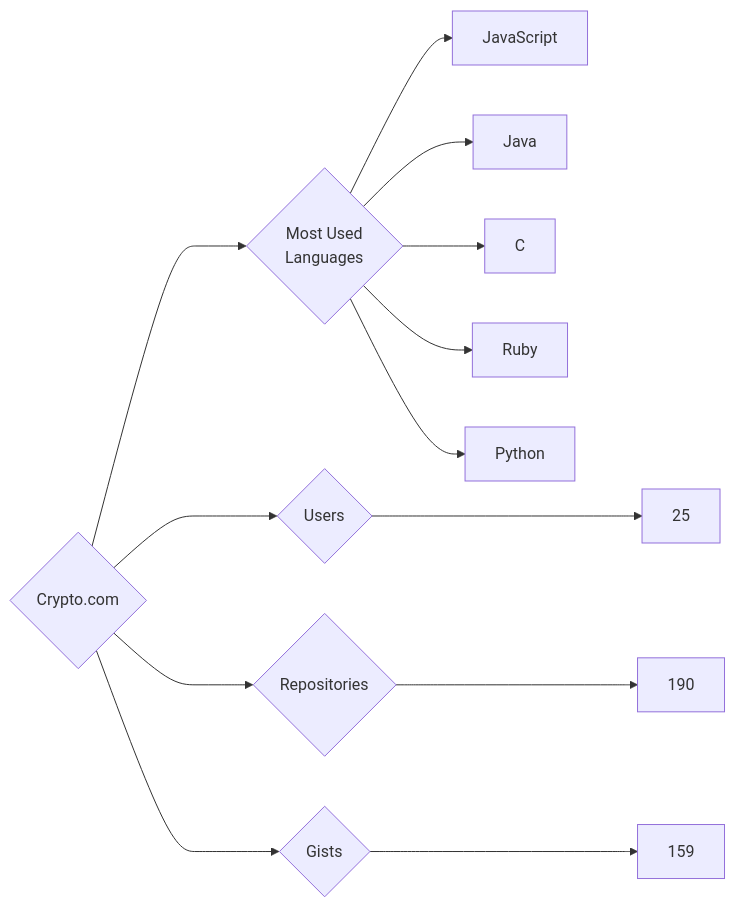
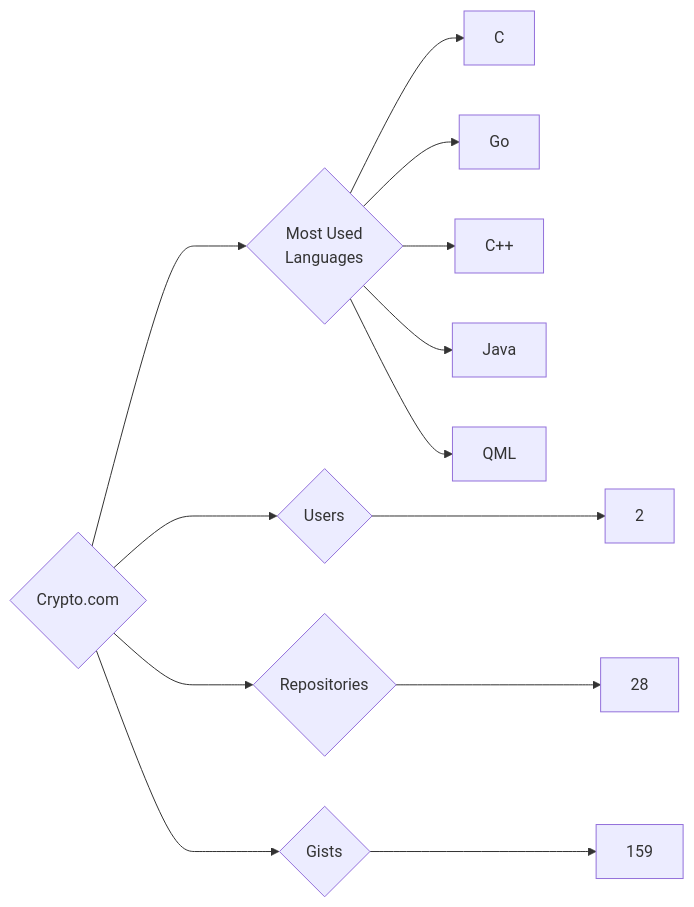
Before and after one commit to trickest/insiders: the diagram in targets/Crypto.com/README.md, drawn with Mermaid. The commit also changed 861 other files, not shown here.

````diff
--- a/targets/Crypto.com/README.md
+++ b/targets/Crypto.com/README.md
@@ -3,13 +3,13 @@
 ```mermaid
 graph LR
 COMPANY_NAME{Crypto.com}
-COMPANY_NAME ---> U{Users} ---> UN[25]
-COMPANY_NAME ---> R{Repositories} ---> RN[190]
+COMPANY_NAME ---> U{Users} ---> UN[2]
+COMPANY_NAME ---> R{Repositories} ---> RN[28]
 COMPANY_NAME ---> G{Gists} ---> GN[159]
 COMPANY_NAME ---> ML{Most Used<br>Languages}
-ML --> JavaScript[JavaScript]
+ML --> C[C]
+ML --> Go[Go]
+ML --> C++[C++]
 ML --> Java[Java]
-ML --> C[C]
-ML --> Ruby[Ruby]
-ML --> Python[Python]
+ML --> QML[QML]
 ```
````
